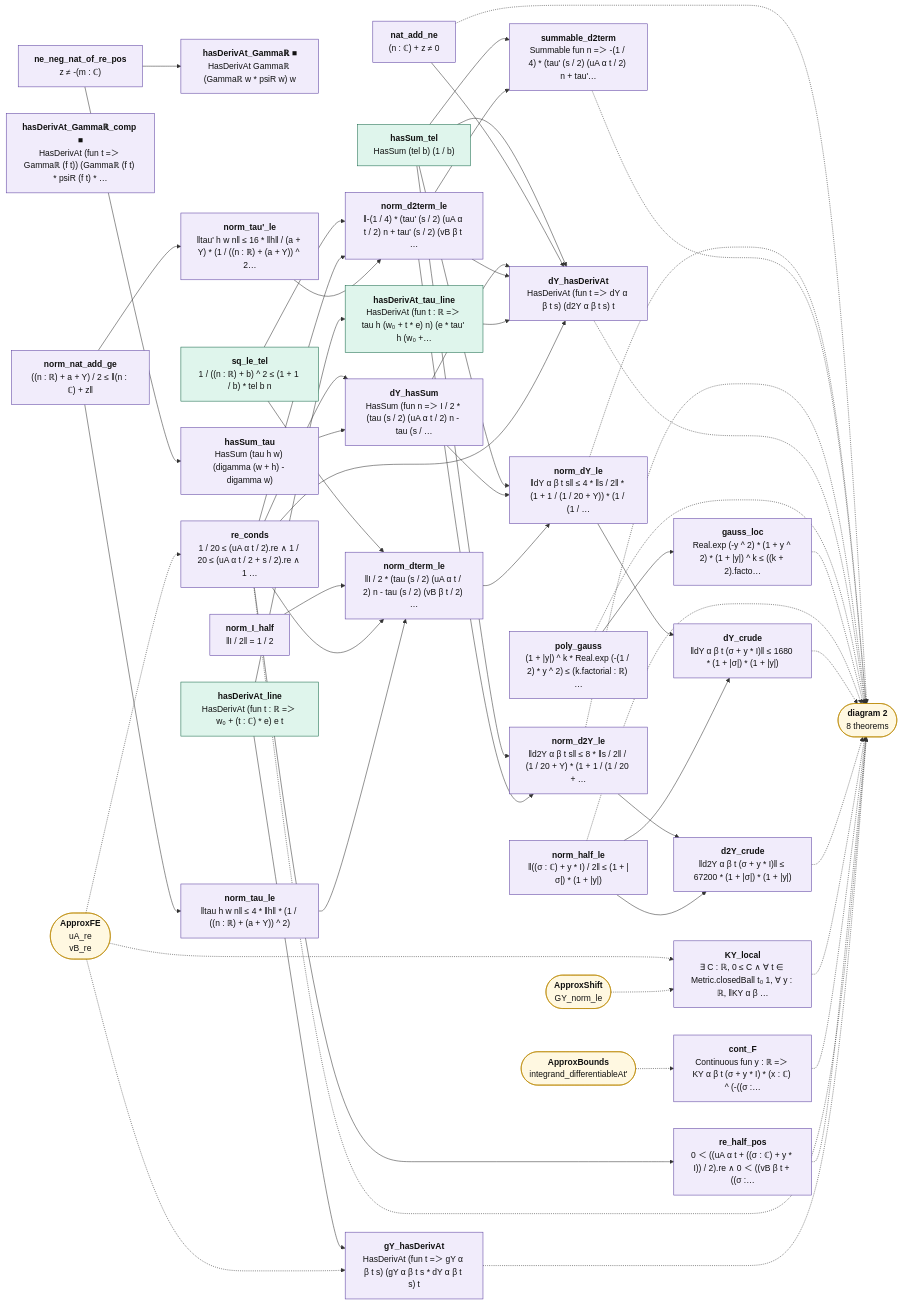
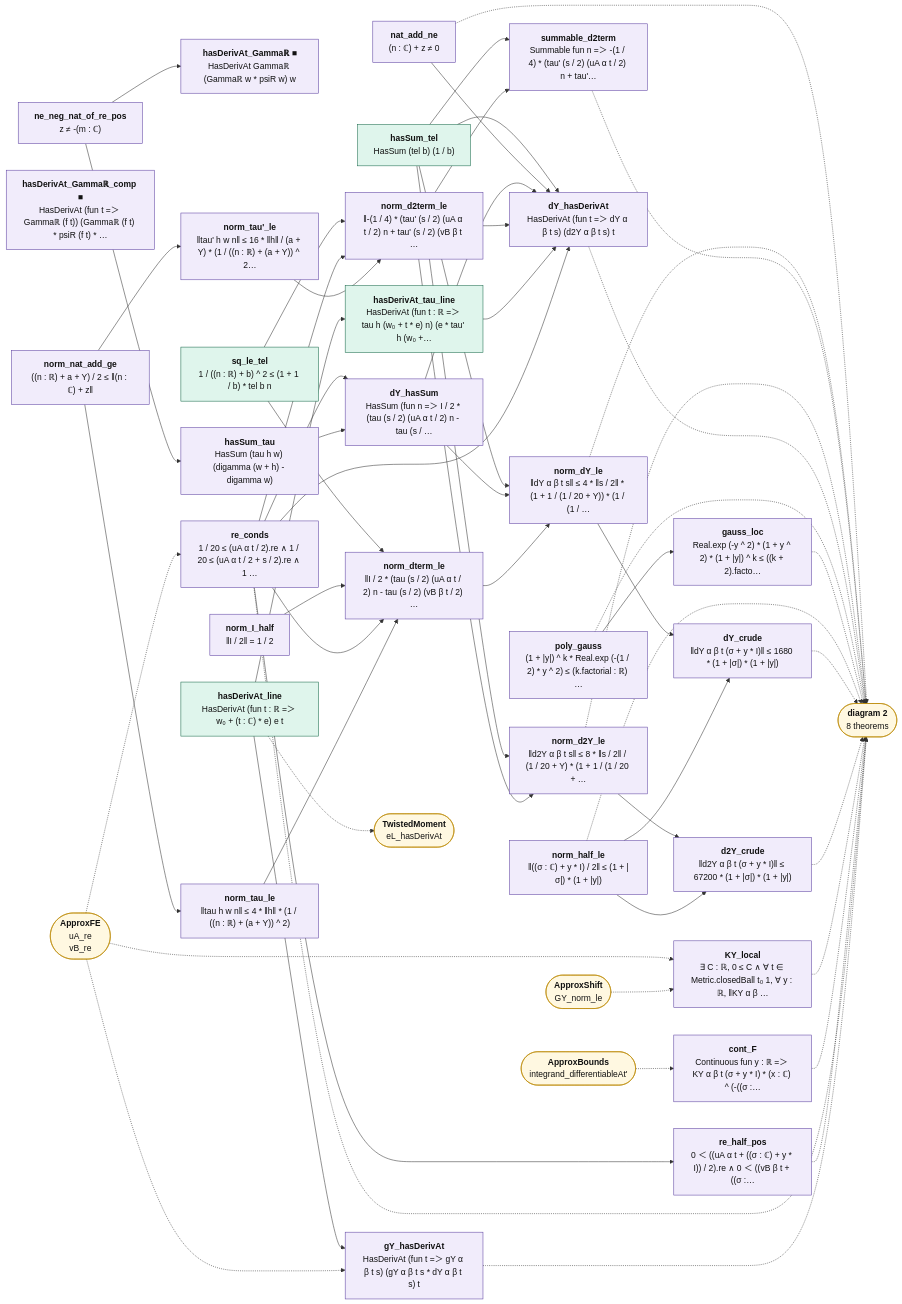
The first of 2 diagrams in map/lean_stage3/ApproxDeriv.md (juliansambranojr/Primebeat_081426), drawn with Mermaid before and after one commit. The commit also changed other lines of this file and 32 other files, not shown here.

```diff
--- a/map/lean_stage3/ApproxDeriv.md
+++ b/map/lean_stage3/ApproxDeriv.md
@@ -45,10 +45,11 @@
   n27["<b>KY_local</b><br/>∃ C : ℝ, 0 ≤ C ∧ ∀ t ∈ Metric.closedBall t₀ 1, ∀ y : ℝ, ‖KY α β …"]:::shp
   n28["<b>cont_F</b><br/>Continuous fun y : ℝ =＞ KY α β t (σ + y * I) * (x : ℂ) ^ (-((σ :…"]:::shp
   n29["<b>re_half_pos</b><br/>0 ＜ ((uA α t + ((σ : ℂ) + y * I)) / 2).re ∧ 0 ＜ ((vB β t + ((σ :…"]:::shp
-  x0(["<b>ApproxFE</b><br/>uA_re<br/>vB_re"]):::ext
-  x1(["<b>diagram 2</b><br/>8 theorems"]):::ext
-  x2(["<b>ApproxShift</b><br/>GY_norm_le"]):::ext
-  x3(["<b>ApproxBounds</b><br/>integrand_differentiableAt'"]):::ext
+  x0(["<b>TwistedMoment</b><br/>eL_hasDerivAt"]):::ext
+  x1(["<b>ApproxFE</b><br/>uA_re<br/>vB_re"]):::ext
+  x2(["<b>diagram 2</b><br/>8 theorems"]):::ext
+  x3(["<b>ApproxShift</b><br/>GY_norm_le"]):::ext
+  x4(["<b>ApproxBounds</b><br/>integrand_differentiableAt'"]):::ext
   n0 --> n1
   n0 --> n6
   n10 --> n16
@@ -83,26 +84,27 @@
   n7 --> n9
   n8 --> n15
   n9 --> n17
-  n12 -.-> x1
-  n16 -.-> x1
-  n18 -.-> x1
-  n19 -.-> x1
-  n21 -.-> x1
-  n22 -.-> x1
-  n23 -.-> x1
-  n24 -.-> x1
-  n25 -.-> x1
-  n26 -.-> x1
-  n27 -.-> x1
-  n28 -.-> x1
-  n29 -.-> x1
-  n4 -.-> x1
-  n5 -.-> x1
-  x0 -.-> n27
-  x0 -.-> n4
-  x0 -.-> n5
-  x2 -.-> n27
-  x3 -.-> n28
+  n12 -.-> x2
+  n16 -.-> x2
+  n18 -.-> x2
+  n19 -.-> x2
+  n2 -.-> x0
+  n21 -.-> x2
+  n22 -.-> x2
+  n23 -.-> x2
+  n24 -.-> x2
+  n25 -.-> x2
+  n26 -.-> x2
+  n27 -.-> x2
+  n28 -.-> x2
+  n29 -.-> x2
+  n4 -.-> x2
+  n5 -.-> x2
+  x1 -.-> n27
+  x1 -.-> n4
+  x1 -.-> n5
+  x3 -.-> n27
+  x4 -.-> n28
   classDef cnt fill:#dff5ec,stroke:#17694a,color:#111
   classDef shp fill:#f1ecfb,stroke:#5b3fa0,color:#111
   classDef rh fill:#ffe5e5,stroke:#c22,color:#111,stroke-width:2px
```
